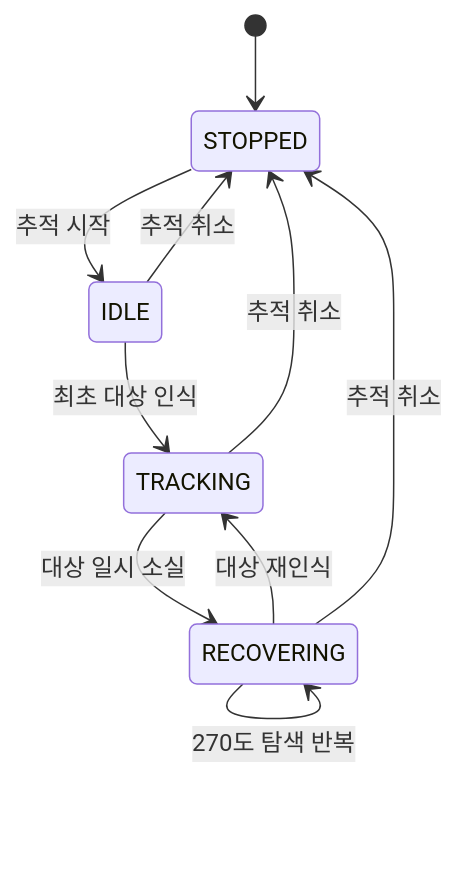
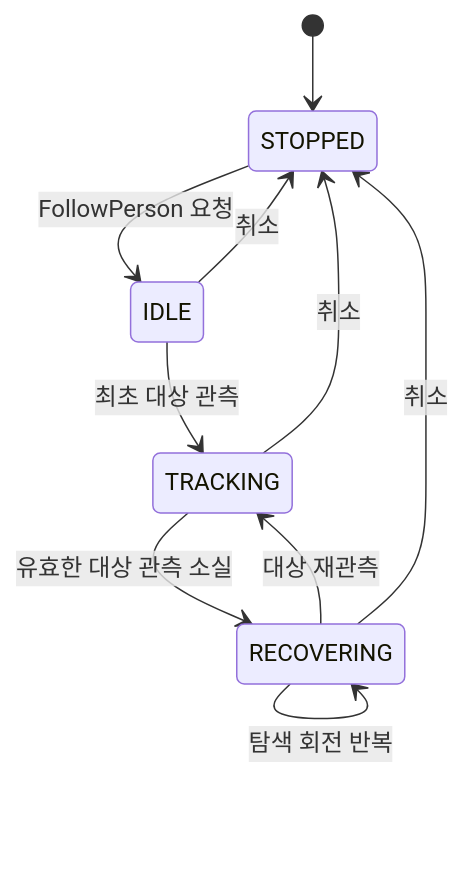
Before and after one commit to SWM-malbut/malbut: the third of 3 diagrams in malbut_test/malbut_tracking/README.md, drawn with Mermaid. The commit also changed other lines of this file and 26 other files, not shown here.

````diff
--- a/malbut_test/malbut_tracking/README.md
+++ b/malbut_test/malbut_tracking/README.md
@@ -248,12 +208,12 @@
 ```mermaid
 stateDiagram-v2
     [*] --> STOPPED
-    STOPPED --> IDLE: 추적 시작
-    IDLE --> TRACKING: 최초 대상 인식
-    TRACKING --> RECOVERING: 대상 일시 소실
-    RECOVERING --> TRACKING: 대상 재인식
-    RECOVERING --> RECOVERING: 270도 탐색 반복
-    IDLE --> STOPPED: 추적 취소
-    TRACKING --> STOPPED: 추적 취소
-    RECOVERING --> STOPPED: 추적 취소
+    STOPPED --> IDLE: FollowPerson 요청
+    IDLE --> TRACKING: 최초 대상 관측
+    TRACKING --> RECOVERING: 유효한 대상 관측 소실
+    RECOVERING --> TRACKING: 대상 재관측
+    RECOVERING --> RECOVERING: 탐색 회전 반복
+    IDLE --> STOPPED: 취소
+    TRACKING --> STOPPED: 취소
+    RECOVERING --> STOPPED: 취소
 ```
````
